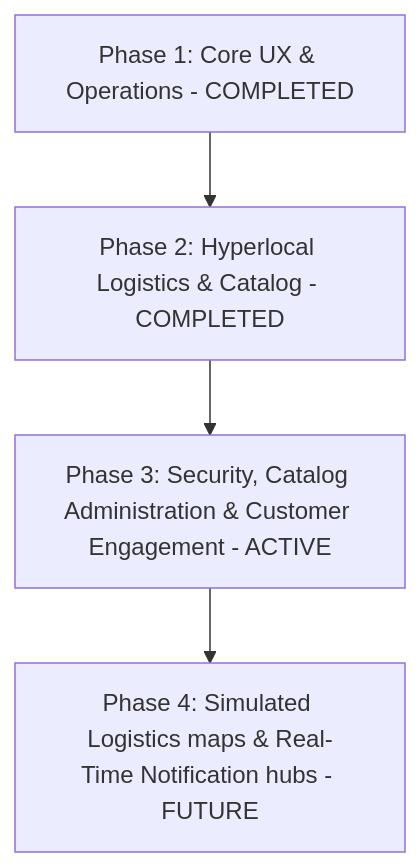
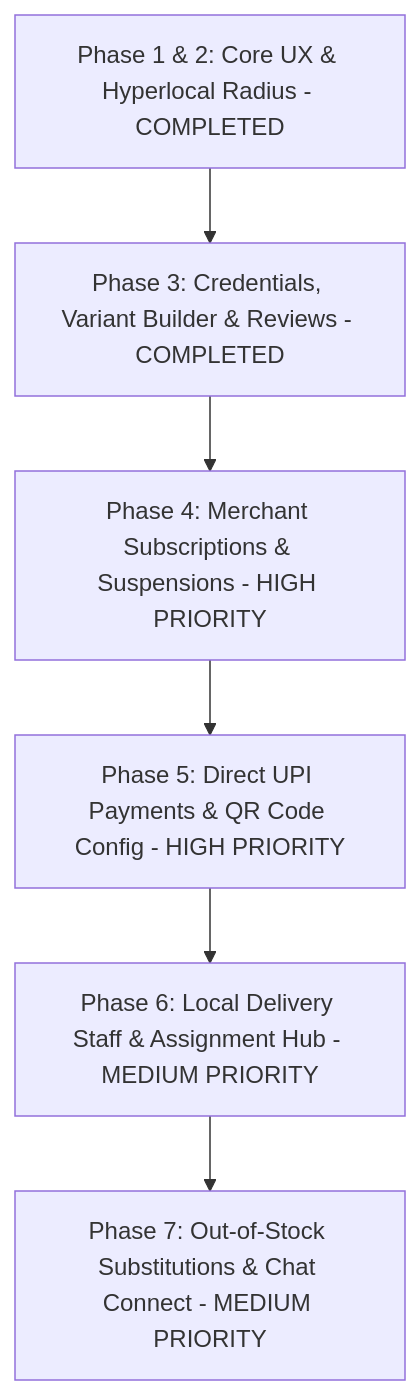
Before and after one commit to rahulkothari677/grocery_app: the diagram in production_blueprint.md, drawn with Mermaid. The commit also changed other lines of this file, not shown here.

Commit message:
Update production blueprint for merchant self-delivery & subscription model

````diff
--- a/production_blueprint.md
+++ b/production_blueprint.md
@@ -9,6 +21,8 @@
 ```mermaid
 graph TD
-    A[Phase 1: Core UX & Operations - COMPLETED] --> B[Phase 2: Hyperlocal Logistics & Catalog - COMPLETED]
-    B --> C[Phase 3: Security, Catalog Administration & Customer Engagement - ACTIVE]
-    C --> D[Phase 4: Simulated Logistics maps & Real-Time Notification hubs - FUTURE]
+    A[Phase 1 & 2: Core UX & Hyperlocal Radius - COMPLETED] --> B[Phase 3: Credentials, Variant Builder & Reviews - COMPLETED]
+    B --> C[Phase 4: Merchant Subscriptions & Suspensions - HIGH PRIORITY]
+    C --> D[Phase 5: Direct UPI Payments & QR Code Config - HIGH PRIORITY]
+    D --> E[Phase 6: Local Delivery Staff & Assignment Hub - MEDIUM PRIORITY]
+    E --> F[Phase 7: Out-of-Stock Substitutions & Chat Connect - MEDIUM PRIORITY]
 ```
````
